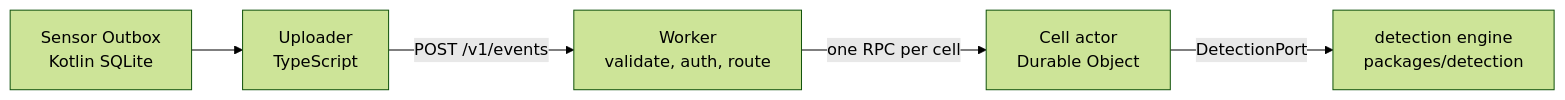
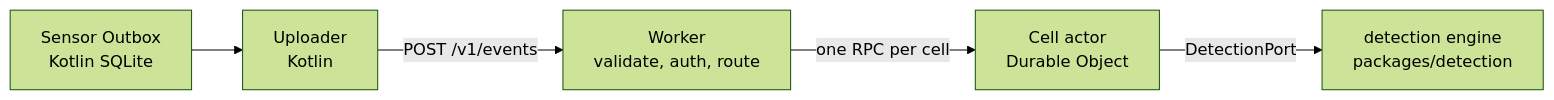
One commit to 3akare/outage changed the first of 6 diagrams in .kiro/specs/event-ingest/design.md. Above: the diagram before and after it, drawn with Mermaid (forest theme). The commit also changed other lines of this file and 108 other files, not shown here.

````diff
--- a/.kiro/specs/event-ingest/design.md
+++ b/.kiro/specs/event-ingest/design.md
@@ -9,7 +9,7 @@
 ```mermaid
 flowchart LR
-    S[Sensor Outbox<br/>Kotlin SQLite] --> U[Uploader<br/>TypeScript]
+    S[Sensor Outbox<br/>Kotlin SQLite] --> U[Uploader<br/>Kotlin]
     U -->|POST /v1/events| W[Worker<br/>validate, auth, route]
     W -->|one RPC per cell| C[Cell actor<br/>Durable Object]
     C -->|DetectionPort| D[detection engine<br/>packages/detection]
 ```
````
